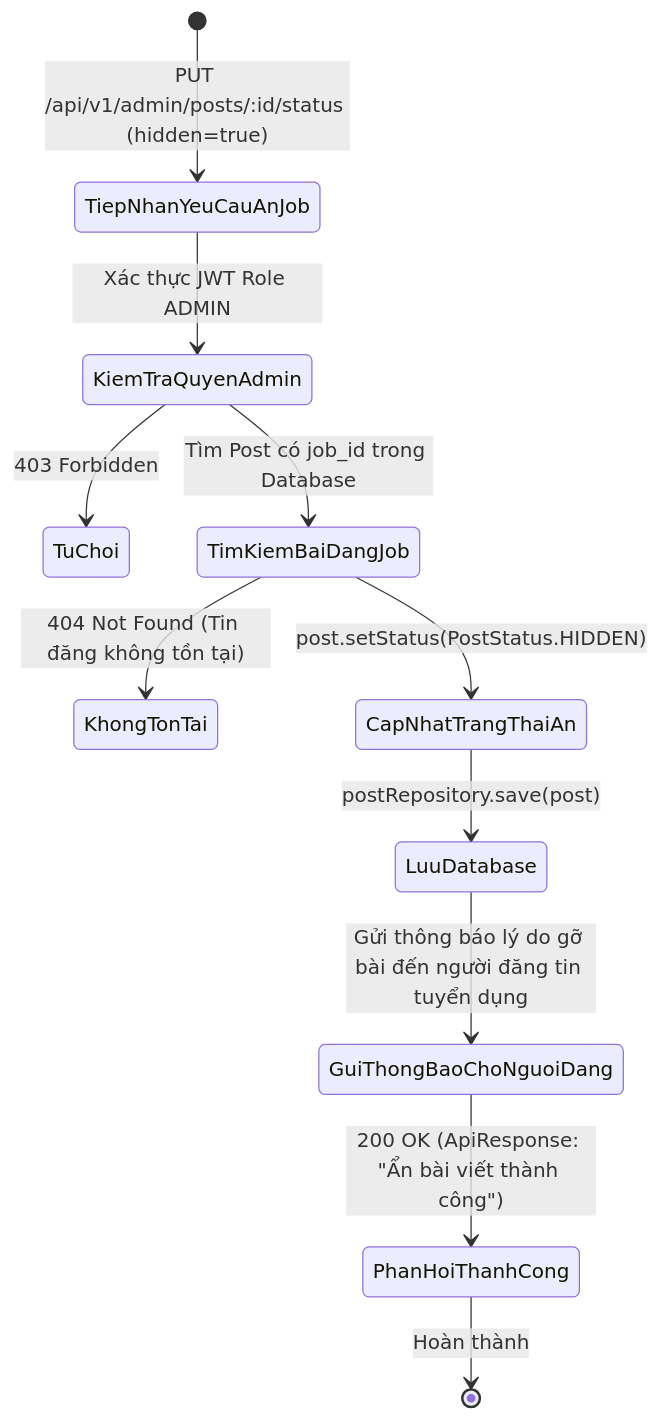
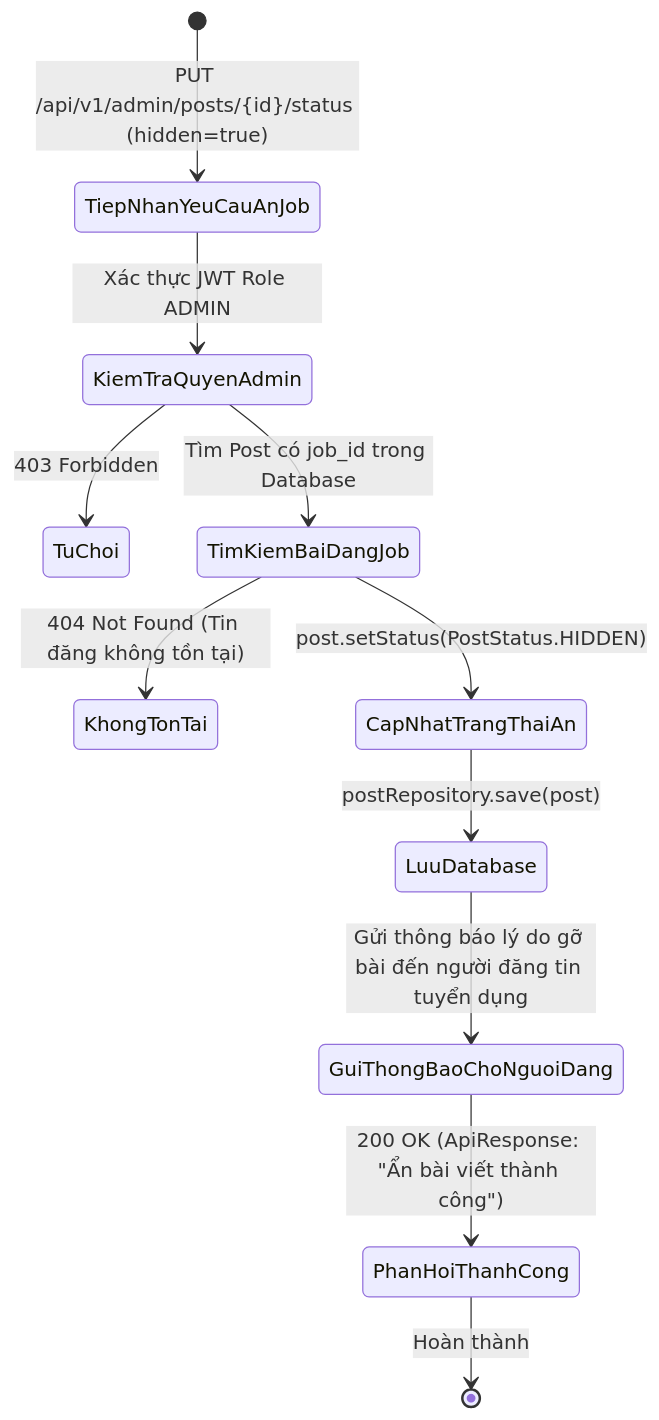
The first of 3 diagrams in docs/update_SRS/SRS_UC_77_HideViolatingJobListing.md (Alumnect/Alumnect), drawn with Mermaid before and after one commit. The commit also changed other lines of this file and 83 other files, not shown here.

````diff
--- a/docs/update_SRS/SRS_UC_77_HideViolatingJobListing.md
+++ b/docs/update_SRS/SRS_UC_77_HideViolatingJobListing.md
@@ -7,13 +7,13 @@
 ```mermaid
 stateDiagram-v2
-    [*] --> TiepNhanYeuCauAnJob : PUT /api/v1/admin/posts/:id/status (hidden=true)
+    [*] --> TiepNhanYeuCauAnJob : PUT /api/v1/admin/posts/{id}/status (hidden=true)
     TiepNhanYeuCauAnJob --> KiemTraQuyenAdmin : Xác thực JWT Role ADMIN
     KiemTraQuyenAdmin --> TuChoi : 403 Forbidden
     KiemTraQuyenAdmin --> TimKiemBaiDangJob : Tìm Post có job_id trong Database
     TimKiemBaiDangJob --> KhongTonTai : 404 Not Found (Tin đăng không tồn tại)
     TimKiemBaiDangJob --> CapNhatTrangThaiAn : post.setStatus(PostStatus.HIDDEN)
     CapNhatTrangThaiAn --> LuuDatabase : postRepository.save(post)
     LuuDatabase --> GuiThongBaoChoNguoiDang : Gửi thông báo lý do gỡ bài đến người đăng tin tuyển dụng
     GuiThongBaoChoNguoiDang --> PhanHoiThanhCong : 200 OK (ApiResponse: "Ẩn bài viết thành công")
     PhanHoiThanhCong --> [*] : Hoàn thành
 ```
````
